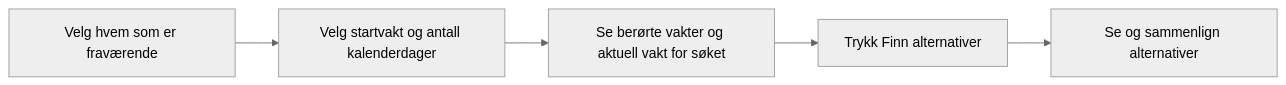
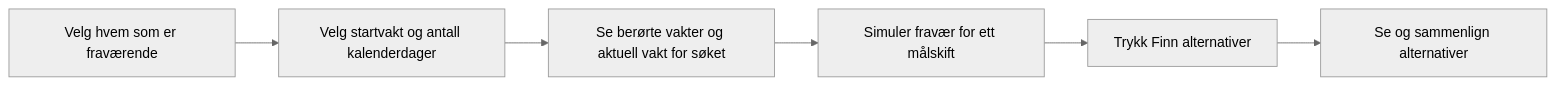
The diagram in _bmad-output/planning-artifacts/ux-designs/ux-G10-andreassen-lundberg-2026-10-31/.working/flow-fravaer-v1.md (IBE160-2026/G10-andreassen-lundberg), drawn with Mermaid (neutral theme) before and after one commit. The commit also changed other lines of this file and 23 other files, not shown here.

````diff
--- a/_bmad-output/planning-artifacts/ux-designs/ux-G10-andreassen-lundberg-2026-10-31/.working/flow-fravaer-v1.md
+++ b/_bmad-output/planning-artifacts/ux-designs/ux-G10-andreassen-lundberg-2026-10-31/.working/flow-fravaer-v1.md
@@ -7,7 +14,8 @@
 ```mermaid
 flowchart LR
     A[Velg hvem som er fraværende] --> B[Velg startvakt og antall kalenderdager]
     B --> E[Se berørte vakter og aktuell vakt for søket]
-    E --> C[Trykk Finn alternativer]
+    E --> F[Simuler fravær for ett målskift]
+    F --> C[Trykk Finn alternativer]
     C --> D[Se og sammenlign alternativer]
 ```
````
